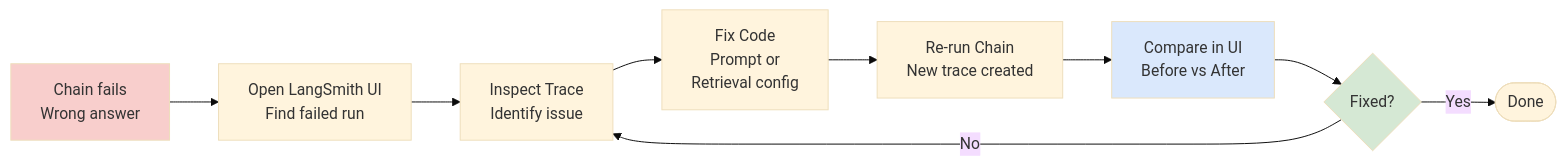
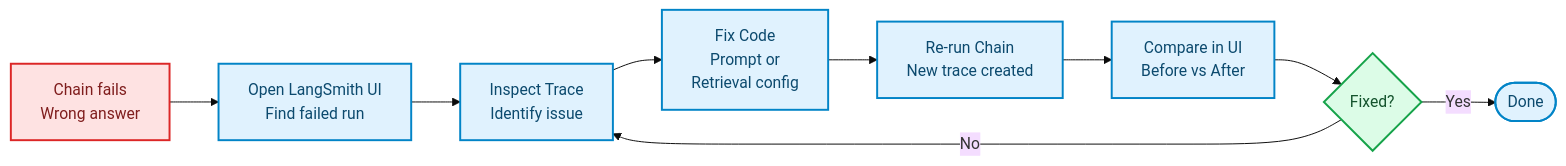
The fifth of 5 diagrams in docs/05-frameworks/einsteiger-langsmith.md (ralf-42/Agenten), drawn with Mermaid (base theme) before and after one commit. The commit also changed other lines of this file and 15 other files, not shown here.

````diff
--- a/docs/05-frameworks/einsteiger-langsmith.md
+++ b/docs/05-frameworks/einsteiger-langsmith.md
@@ -643,23 +647,25 @@
 ```mermaid
 flowchart LR
     FAIL[Chain fails<br/>Wrong answer]
     OPEN[Open LangSmith UI<br/>Find failed run]
     INSPECT[Inspect Trace<br/>Identify issue]
     FIX[Fix Code<br/>Prompt or<br/>Retrieval config]
     RETEST[Re-run Chain<br/>New trace created]
     COMPARE[Compare in UI<br/>Before vs After]
     SUCCESS{Fixed?}
 
     FAIL --> OPEN
     OPEN --> INSPECT
     INSPECT --> FIX
     FIX --> RETEST
     RETEST --> COMPARE
     COMPARE --> SUCCESS
     SUCCESS -->|No| INSPECT
     SUCCESS -->|Yes| END([Done])
 
-    style FAIL fill:#f8cecc
-    style SUCCESS fill:#d5e8d4
-    style COMPARE fill:#dae8fc
+    classDef default fill:#e0f2fe,stroke:#0284c7,stroke-width:2px,color:#0c4a6e;
+    classDef output fill:#dcfce7,stroke:#16a34a,stroke-width:2px,color:#14532d;
+    classDef stop fill:#fee2e2,stroke:#dc2626,stroke-width:2px,color:#7f1d1d;
+    class FAIL stop;
+    class SUCCESS output;
 ```
````
